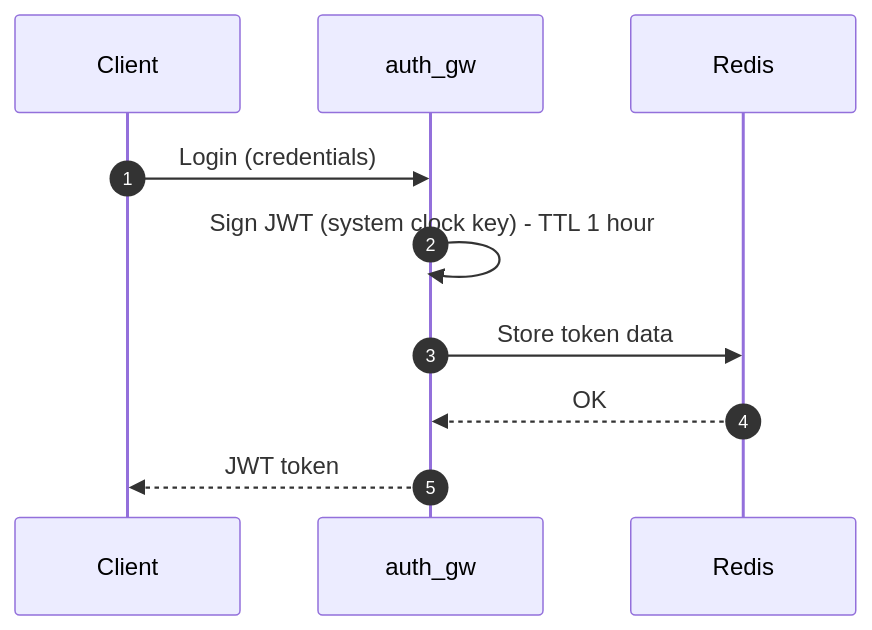
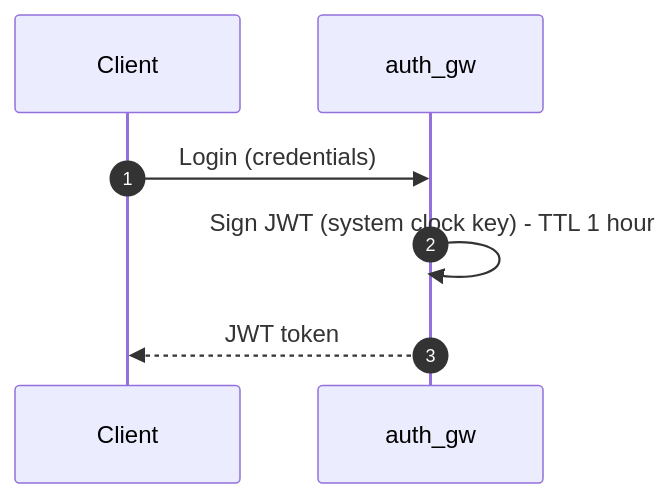
One commit to yirez/go-gw-test changed the fifth of 5 diagrams in designs/diagrams.md. Above: the diagram before and after it, drawn with Mermaid. The commit also changed other lines of this file and 7 other files, not shown here.

````diff
--- a/designs/diagrams.md
+++ b/designs/diagrams.md
@@ -79,13 +78,10 @@
 ```mermaid
 sequenceDiagram
   autonumber
   participant C as Client
   participant A as auth_gw
-  participant R as Redis
 
   C->>A: Login (credentials)
   A->>A: Sign JWT (system clock key) - TTL 1 hour
-  A->>R: Store token data
-  R-->>A: OK
   A-->>C: JWT token
 ```
````
